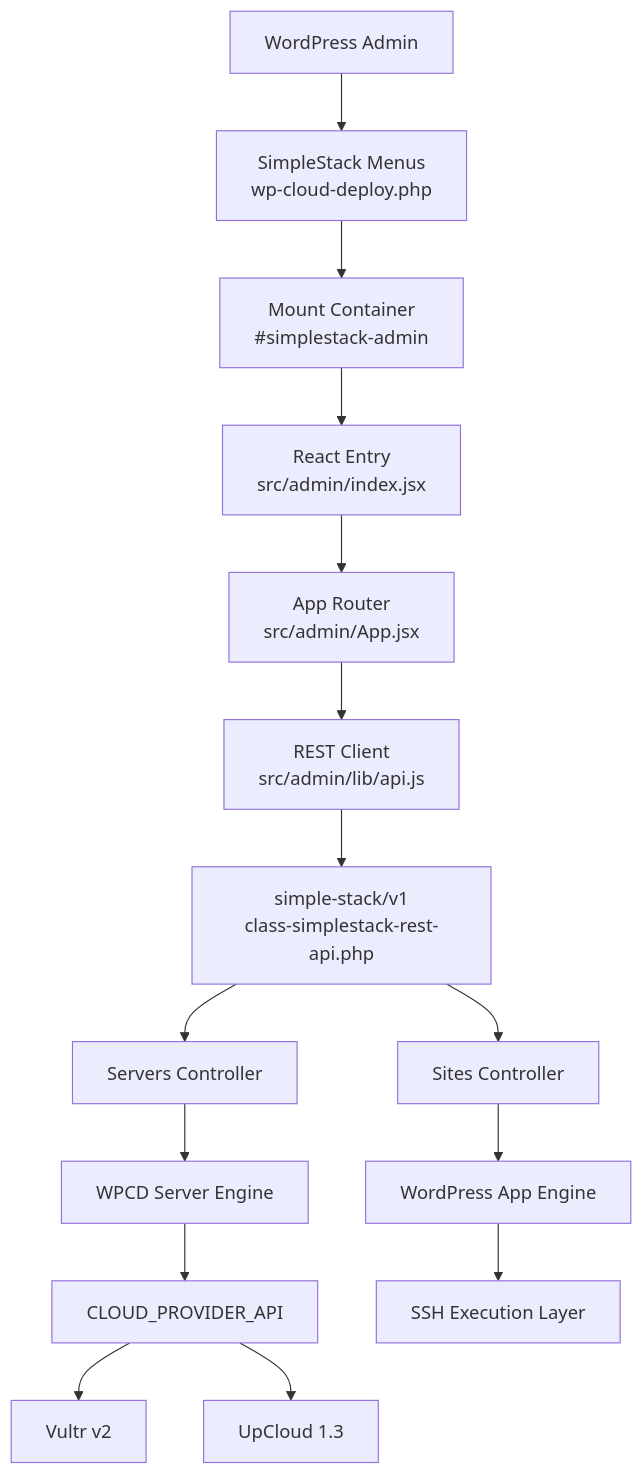
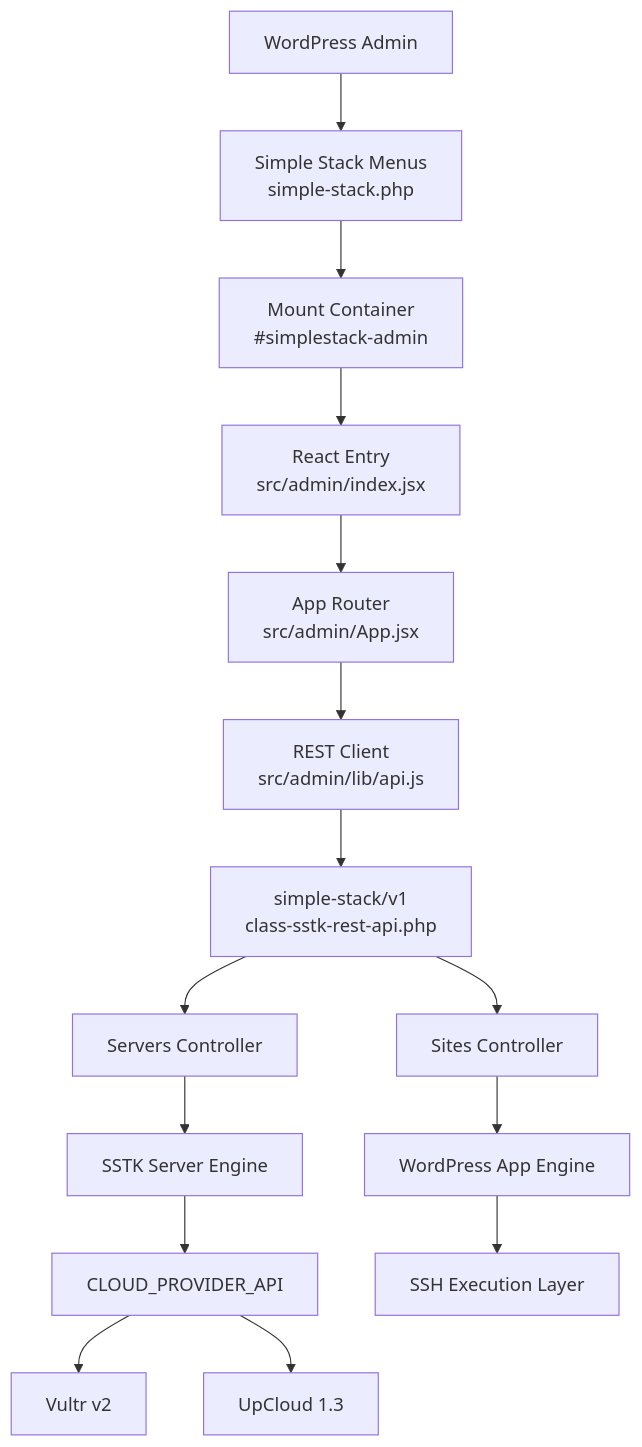
The first of 10 diagrams in .qoder/repowiki/en/content/System Architecture/System Architecture.md (onedogsolutions/simple-stack), drawn with Mermaid before and after one commit. The commit also changed other lines of this file and 5941 other files, not shown here.

First line of the commit message:
refactor(core): rebrand WPCloudDeploy to Simple Stack with new namespaces and prefixes

````diff
--- a/.qoder/repowiki/en/content/System Architecture/System Architecture.md
+++ b/.qoder/repowiki/en/content/System Architecture/System Architecture.md
@@ -60,17 +60,17 @@
 ```mermaid
 graph TB
-WP["WordPress Admin"] --> Menu["SimpleStack Menus<br/>wp-cloud-deploy.php"]
+WP["WordPress Admin"] --> Menu["Simple Stack Menus<br/>simple-stack.php"]
 Menu --> Container["Mount Container<br/>#simplestack-admin"]
 Container --> ReactIndex["React Entry<br/>src/admin/index.jsx"]
 ReactIndex --> AppRoot["App Router<br/>src/admin/App.jsx"]
 AppRoot --> ApiClient["REST Client<br/>src/admin/lib/api.js"]
-ApiClient --> RestNamespace["simple-stack/v1<br/>class-simplestack-rest-api.php"]
+ApiClient --> RestNamespace["simple-stack/v1<br/>class-sstk-rest-api.php"]
 RestNamespace --> ServersController["Servers Controller"]
 RestNamespace --> SitesController["Sites Controller"]
-ServersController --> ServerEngine["WPCD Server Engine"]
+ServersController --> ServerEngine["SSTK Server Engine"]
 SitesController --> AppEngine["WordPress App Engine"]
 ServerEngine --> ProviderBase["CLOUD_PROVIDER_API"]
 ProviderBase --> Vultr["Vultr v2"]
 ProviderBase --> UpCloud["UpCloud 1.3"]
 AppEngine --> SSHLayer["SSH Execution Layer"]
 ```
````
